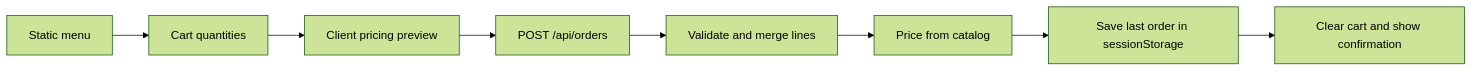
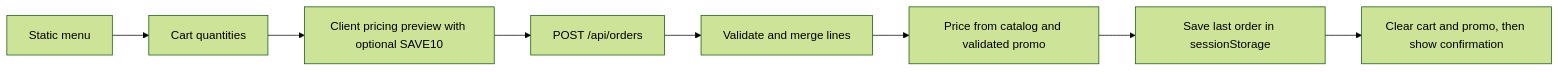
The diagram in droid-wiki/features/index.md (FactoryDemo/demo-storefront), drawn with Mermaid (forest theme) before and after one commit. The commit also changed other lines of this file and 16 other files, not shown here.

````diff
--- a/droid-wiki/features/index.md
+++ b/droid-wiki/features/index.md
@@ -23,10 +23,10 @@
 ```mermaid
 flowchart LR
     Menu["Static menu"] --> Cart["Cart quantities"]
-    Cart --> Preview["Client pricing preview"]
+    Cart --> Preview["Client pricing preview with optional SAVE10"]
     Preview --> Request["POST /api/orders"]
     Request --> Validate["Validate and merge lines"]
-    Validate --> Reprice["Price from catalog"]
+    Validate --> Reprice["Price from catalog and validated promo"]
     Reprice --> Receipt["Save last order in sessionStorage"]
-    Receipt --> Clear["Clear cart and show confirmation"]
+    Receipt --> Clear["Clear cart and promo, then show confirmation"]
 ```
````
